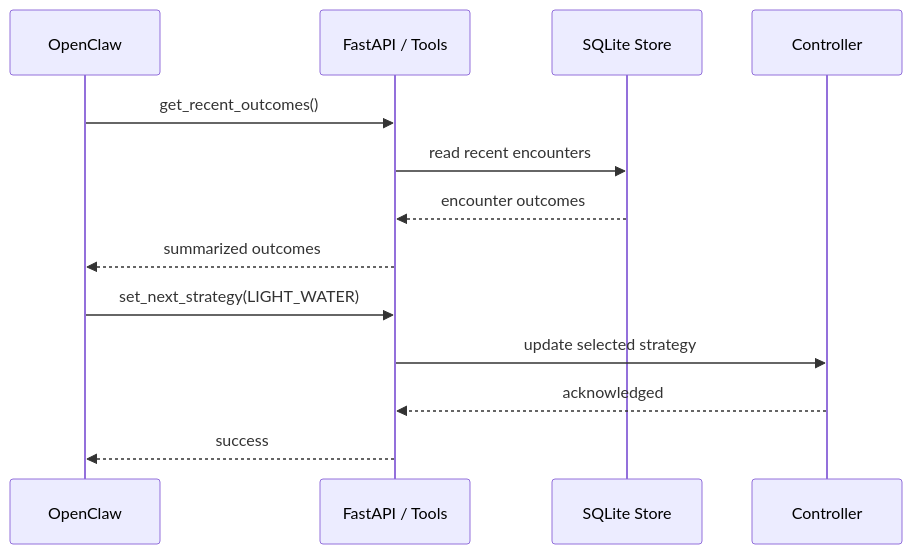
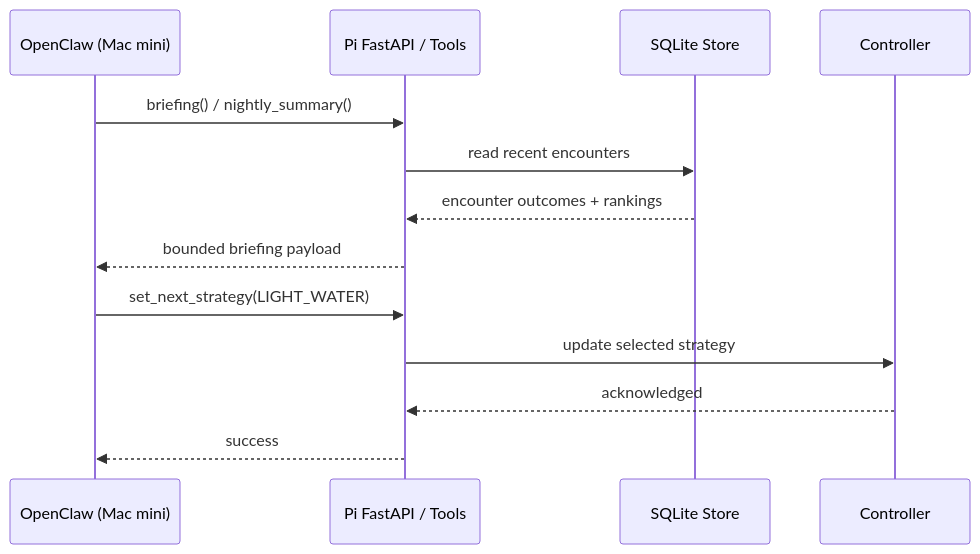
One commit to lmadeleni-lab/trash-panda-robocop changed the diagram in docs/opencclaw-integration.md. Above: the diagram before and after it, drawn with Mermaid. The commit also changed other lines of this file and 10 other files, not shown here.

Commit message:
Add Mac mini OpenClaw integration starter

````diff
--- a/docs/opencclaw-integration.md
+++ b/docs/opencclaw-integration.md
@@ -35,16 +52,16 @@
 ```mermaid
 sequenceDiagram
-    participant OC as OpenClaw
-    participant API as FastAPI / Tools
+    participant OC as OpenClaw (Mac mini)
+    participant API as Pi FastAPI / Tools
     participant Store as SQLite Store
     participant Ctrl as Controller
 
-    OC->>API: get_recent_outcomes()
+    OC->>API: briefing() / nightly_summary()
     API->>Store: read recent encounters
-    Store-->>API: encounter outcomes
-    API-->>OC: summarized outcomes
+    Store-->>API: encounter outcomes + rankings
+    API-->>OC: bounded briefing payload
     OC->>API: set_next_strategy(LIGHT_WATER)
     API->>Ctrl: update selected strategy
     Ctrl-->>API: acknowledged
     API-->>OC: success
 ```
````
